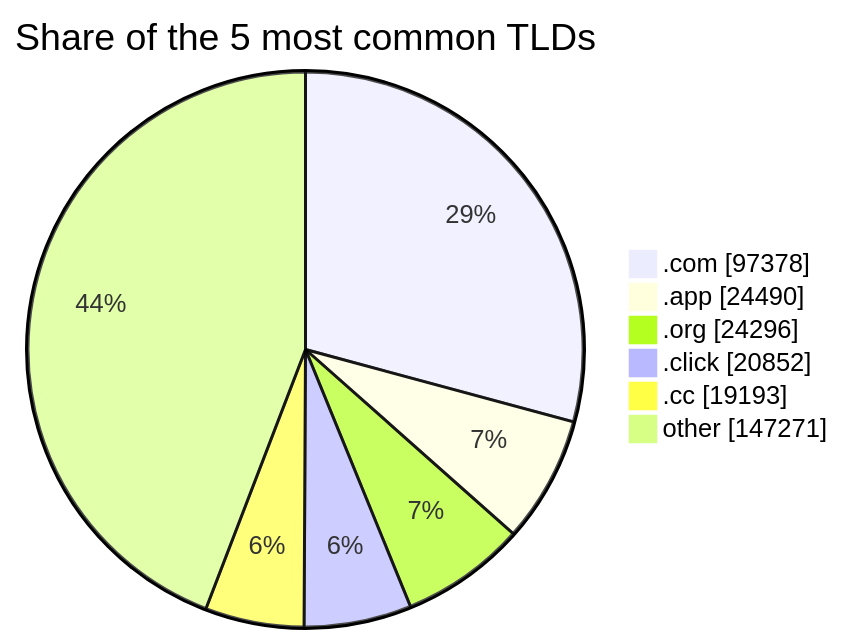
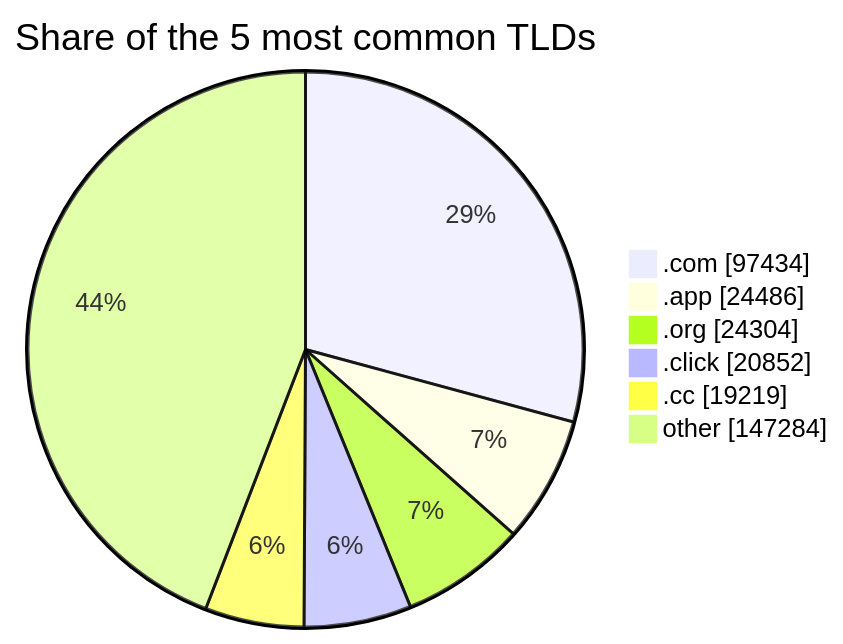
One commit to DNSBunker/CTI changed the third of 3 diagrams in README.md. Above: the diagram before and after it, drawn with Mermaid. The commit also changed other lines of this file and 4 other files, not shown here.

````diff
--- a/README.md
+++ b/README.md
@@ -81,9 +81,9 @@
 ```mermaid
 pie showData title Share of the 5 most common TLDs
-    ".com" : 97378
-    ".app" : 24490
-    ".org" : 24296
+    ".com" : 97434
+    ".app" : 24486
+    ".org" : 24304
     ".click" : 20852
-    ".cc" : 19193
-    "other" : 147271
+    ".cc" : 19219
+    "other" : 147284
 ```
````
